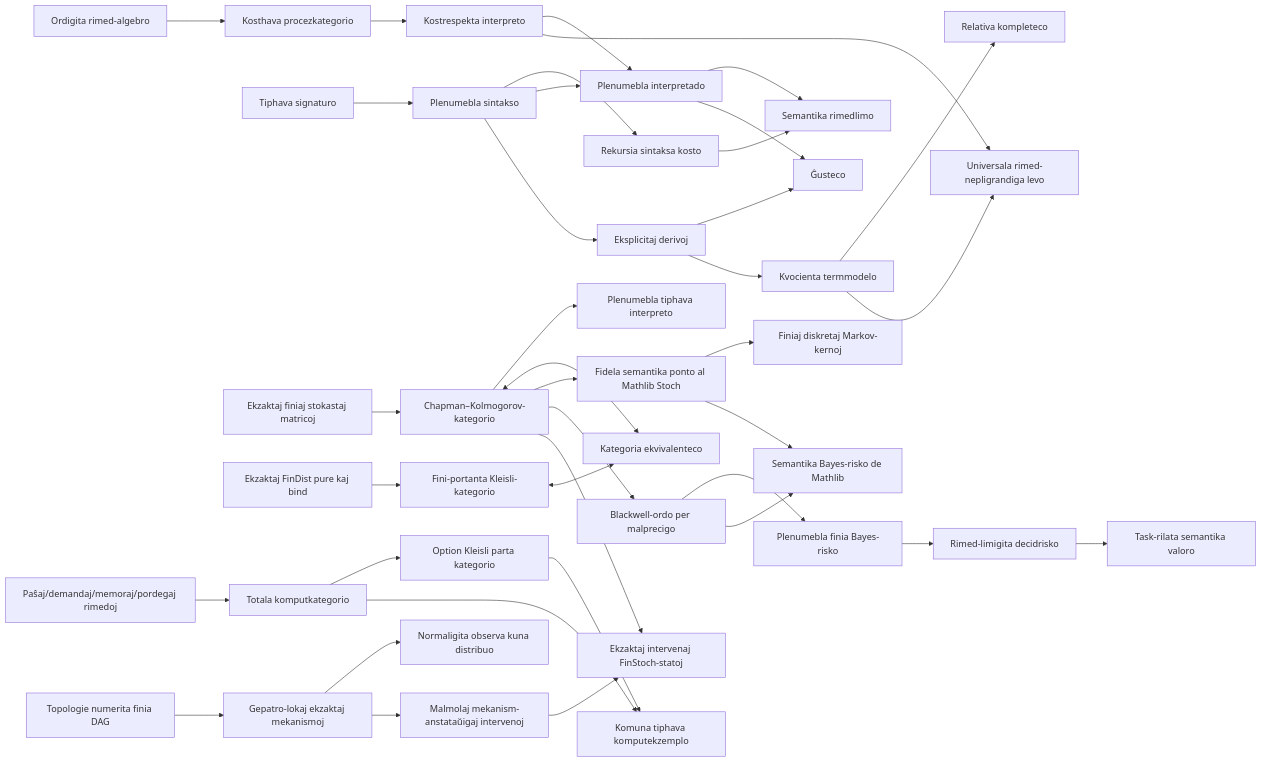
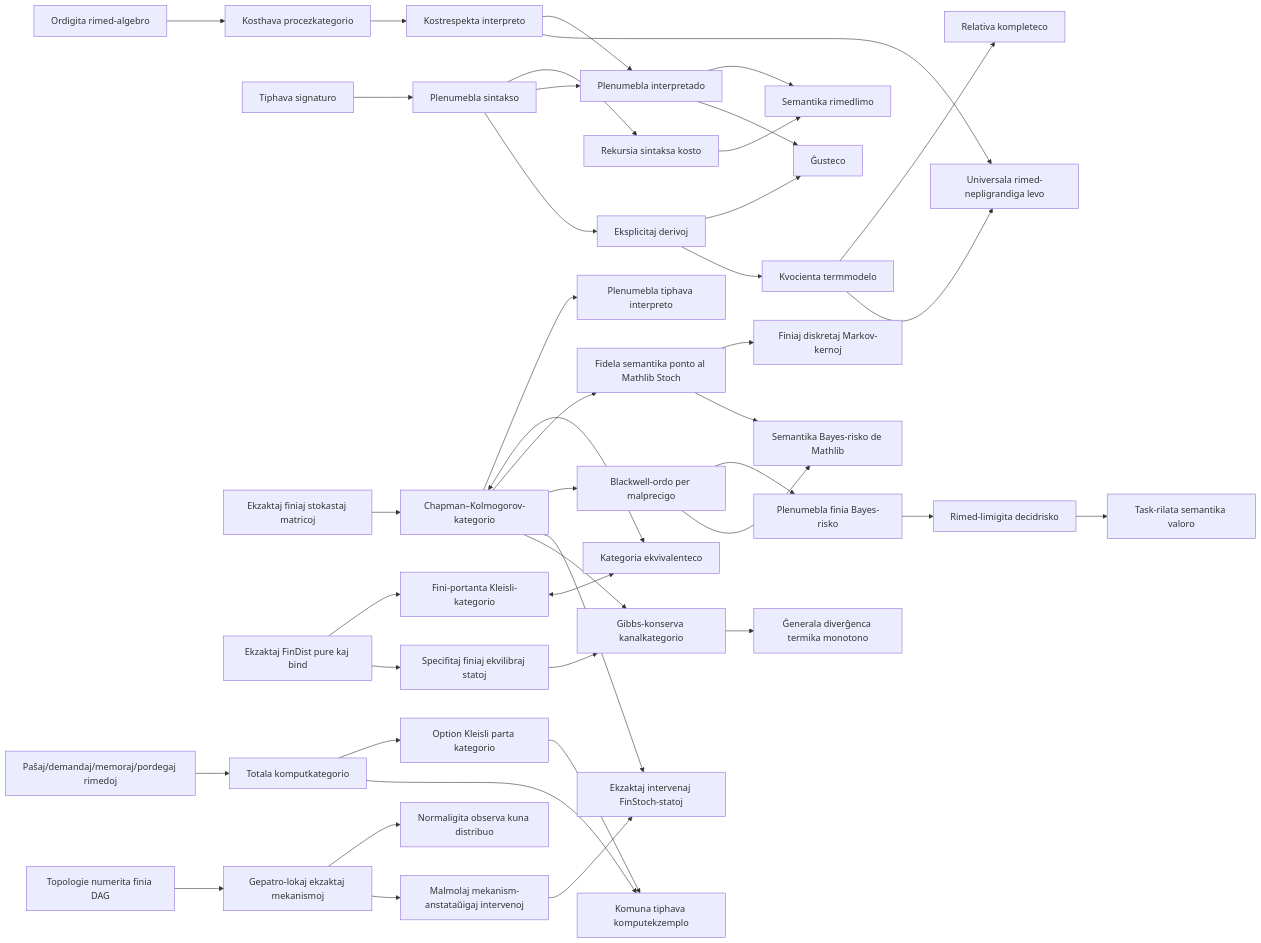
The diagram in docs/README.eo.md (miuchan/ript), drawn with Mermaid before and after one commit. The commit also changed other lines of this file and 13 other files, not shown here.

````diff
--- a/docs/README.eo.md
+++ b/docs/README.eo.md
@@ -435,40 +472,44 @@
 ```mermaid
 flowchart LR
   R["Ordigita rimed-algebro"] --> C["Kosthava procezkategorio"]
   S["Tiphava signaturo"] --> X["Plenumebla sintakso"]
   X --> K["Rekursia sintaksa kosto"]
   C --> I["Kostrespekta interpreto"]
   X --> E["Plenumebla interpretado"]
   I --> E
   K --> B["Semantika rimedlimo"]
   E --> B
   X --> D["Eksplicitaj derivoj"]
   D --> SO["Ĝusteco"]
   E --> SO
   D --> T["Kvocienta termmodelo"]
   T --> CO["Relativa kompleteco"]
   I --> U["Universala rimed-nepligrandiga levo"]
   T --> U
   F["Ekzaktaj finiaj stokastaj matricoj"] --> CK["Chapman–Kolmogorov-kategorio"]
   CK --> EX["Plenumebla tiphava interpreto"]
   FD["Ekzaktaj FinDist pure kaj bind"] --> KL["Fini-portanta Kleisli-kategorio"]
   CK <--> EQ["Kategoria ekvivalenteco"]
   KL <--> EQ
   CK --> ST["Fidela semantika ponto al Mathlib Stoch"]
   ST --> MT["Finiaj diskretaj Markov-kernoj"]
   CK --> BW["Blackwell-ordo per malprecigo"]
   ST --> SB["Semantika Bayes-risko de Mathlib"]
   BW --> FR["Plenumebla finia Bayes-risko"]
   FR --> RR["Rimed-limigita decidrisko"]
   RR --> SV["Task-rilata semantika valoro"]
   BW --> SB
   CR["Paŝaj/demandaj/memoraj/pordegaj rimedoj"] --> TC["Totala komputkategorio"]
   TC --> PC["Option Kleisli parta kategorio"]
   TC --> CE["Komuna tiphava komputekzemplo"]
   PC --> CE
   DAG["Topologie numerita finia DAG"] --> CM["Gepatro-lokaj ekzaktaj mekanismoj"]
   CM --> OJ["Normaligita observa kuna distribuo"]
   CM --> DO["Malmolaj mekanism-anstataŭigaj intervenoj"]
   DO --> IS["Ekzaktaj intervenaj FinStoch-statoj"]
   CK --> IS
+  FD --> TE["Specifitaj finiaj ekvilibraj statoj"]
+  CK --> GP["Gibbs-konserva kanalkategorio"]
+  TE --> GP
+  GP --> TM["Ĝenerala diverĝenca termika monotono"]
 ```
````
